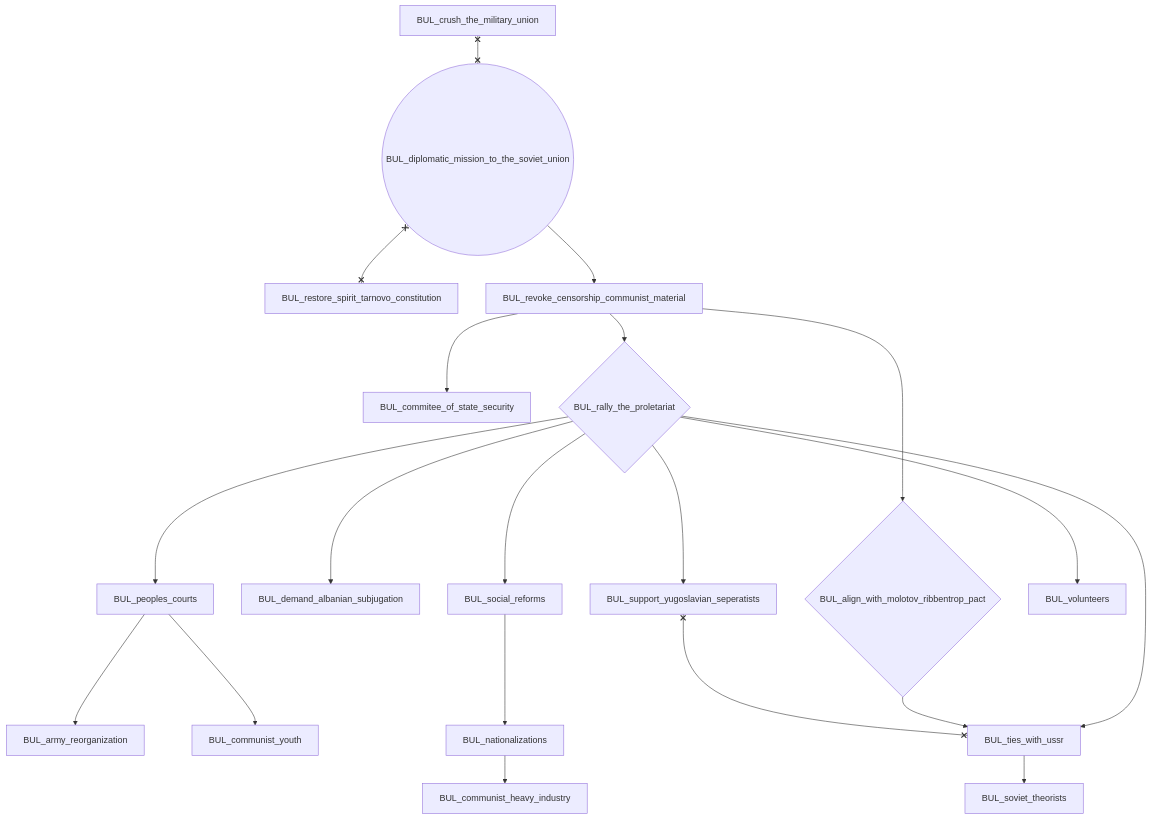
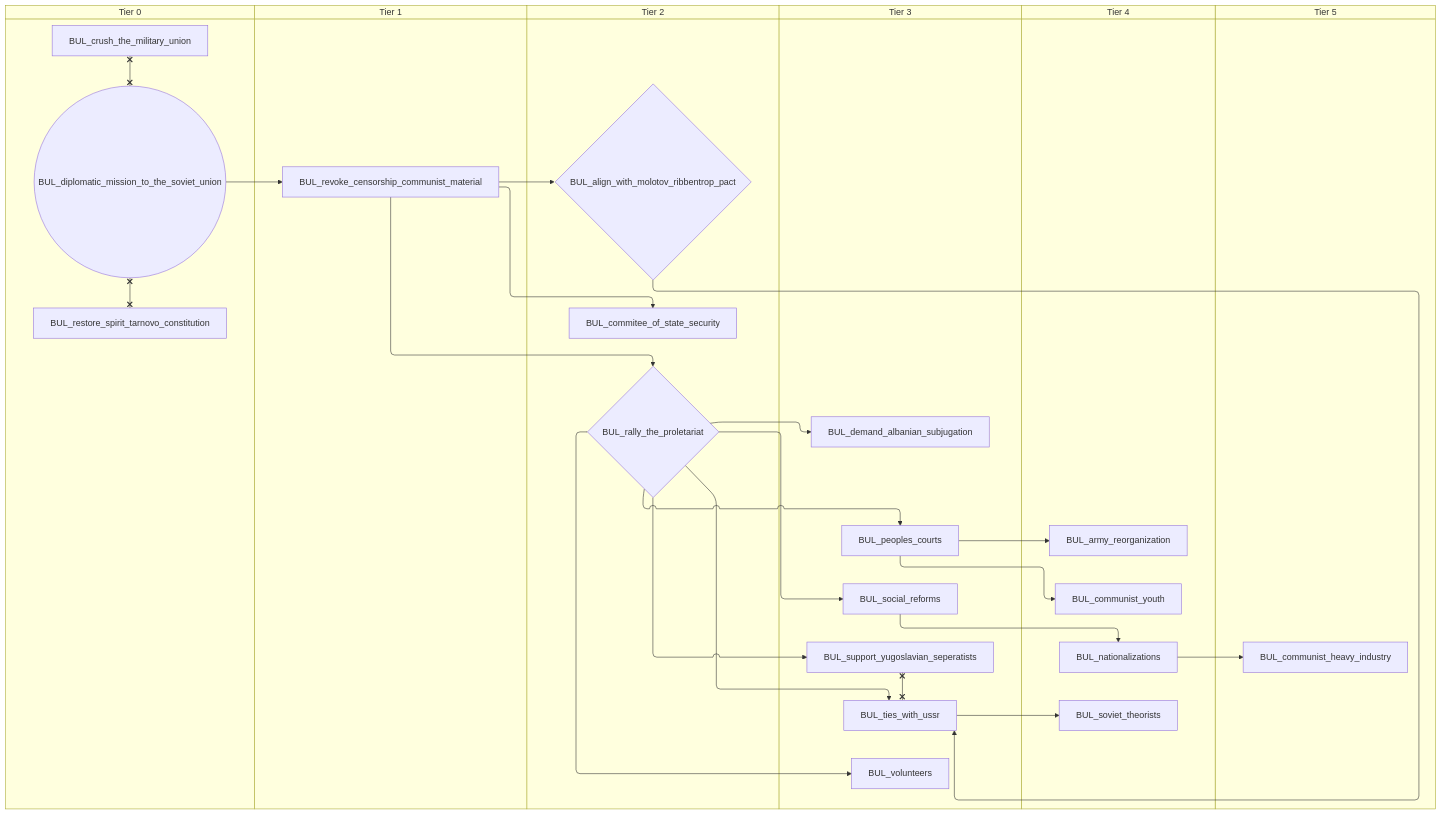
One commit to evgeny-sobol/hoi4-sandbox-mode-r56 changed the third of 6 diagrams in docs/gdd/National Focuses/r56_bulgaria.md. Above: the diagram before and after it, drawn with Mermaid. The commit also changed other lines of this file and 423 other files, not shown here.

First line of the commit message:
Re-export Rt56 focus trees as swimlane diagrams

````diff
--- a/docs/gdd/National Focuses/r56_bulgaria.md
+++ b/docs/gdd/National Focuses/r56_bulgaria.md
@@ -102,40 +124,52 @@
 ```mermaid
-flowchart TD
-    n40{"BUL_align_with_molotov_ribbentrop_pact"}
-    n41["BUL_army_reorganization"]
-    n42["BUL_commitee_of_state_security"]
-    n43["BUL_communist_heavy_industry"]
-    n44["BUL_communist_youth"]
-    n12["BUL_crush_the_military_union"]
-    n45["BUL_demand_albanian_subjugation"]
-    n17(("BUL_diplomatic_mission_to_the_soviet_union"))
-    n46["BUL_nationalizations"]
-    n47["BUL_peoples_courts"]
-    n48{"BUL_rally_the_proletariat"}
-    n28["BUL_restore_spirit_tarnovo_constitution"]
-    n49["BUL_revoke_censorship_communist_material"]
-    n50["BUL_social_reforms"]
-    n51["BUL_soviet_theorists"]
-    n52["BUL_support_yugoslavian_seperatists"]
-    n53["BUL_ties_with_ussr"]
-    n54["BUL_volunteers"]
-    n49 --> n40
-    n47 --> n41
-    n49 --> n42
-    n46 --> n43
-    n47 --> n44
-    n48 --> n45
-    n50 --> n46
-    n48 --> n47
-    n49 --> n48
-    n17 --> n49
-    n48 --> n50
-    n53 --> n51
-    n48 --> n52
+swimlane-beta TD
+    subgraph tier_0["Tier 0"]
+        n1["BUL_crush_the_military_union"]
+        n2(("BUL_diplomatic_mission_to_the_soviet_union"))
+        n3["BUL_restore_spirit_tarnovo_constitution"]
+    end
+    subgraph tier_1["Tier 1"]
+        n40["BUL_revoke_censorship_communist_material"]
+    end
+    subgraph tier_2["Tier 2"]
+        n41{"BUL_align_with_molotov_ribbentrop_pact"}
+        n42["BUL_commitee_of_state_security"]
+        n43{"BUL_rally_the_proletariat"}
+    end
+    subgraph tier_3["Tier 3"]
+        n44["BUL_demand_albanian_subjugation"]
+        n45["BUL_peoples_courts"]
+        n46["BUL_social_reforms"]
+        n47["BUL_support_yugoslavian_seperatists"]
+        n48["BUL_ties_with_ussr"]
+        n49["BUL_volunteers"]
+    end
+    subgraph tier_4["Tier 4"]
+        n50["BUL_army_reorganization"]
+        n51["BUL_communist_youth"]
+        n52["BUL_nationalizations"]
+        n53["BUL_soviet_theorists"]
+    end
+    subgraph tier_5["Tier 5"]
+        n54["BUL_communist_heavy_industry"]
+    end
+    n40 --> n41
+    n45 --> n50
+    n40 --> n42
+    n52 --> n54
+    n45 --> n51
+    n43 --> n44
+    n46 --> n52
+    n43 --> n45
+    n40 --> n43
+    n2 --> n40
+    n43 --> n46
     n48 --> n53
-    n40 --> n53
-    n48 --> n54
-    n12 x--x n17
-    n17 x--x n28
-    n52 x--x n53
+    n43 --> n47
+    n43 --> n48
+    n41 --> n48
+    n43 --> n49
+    n1 x--x n2
+    n2 x--x n3
+    n47 x--x n48
 ```
````
